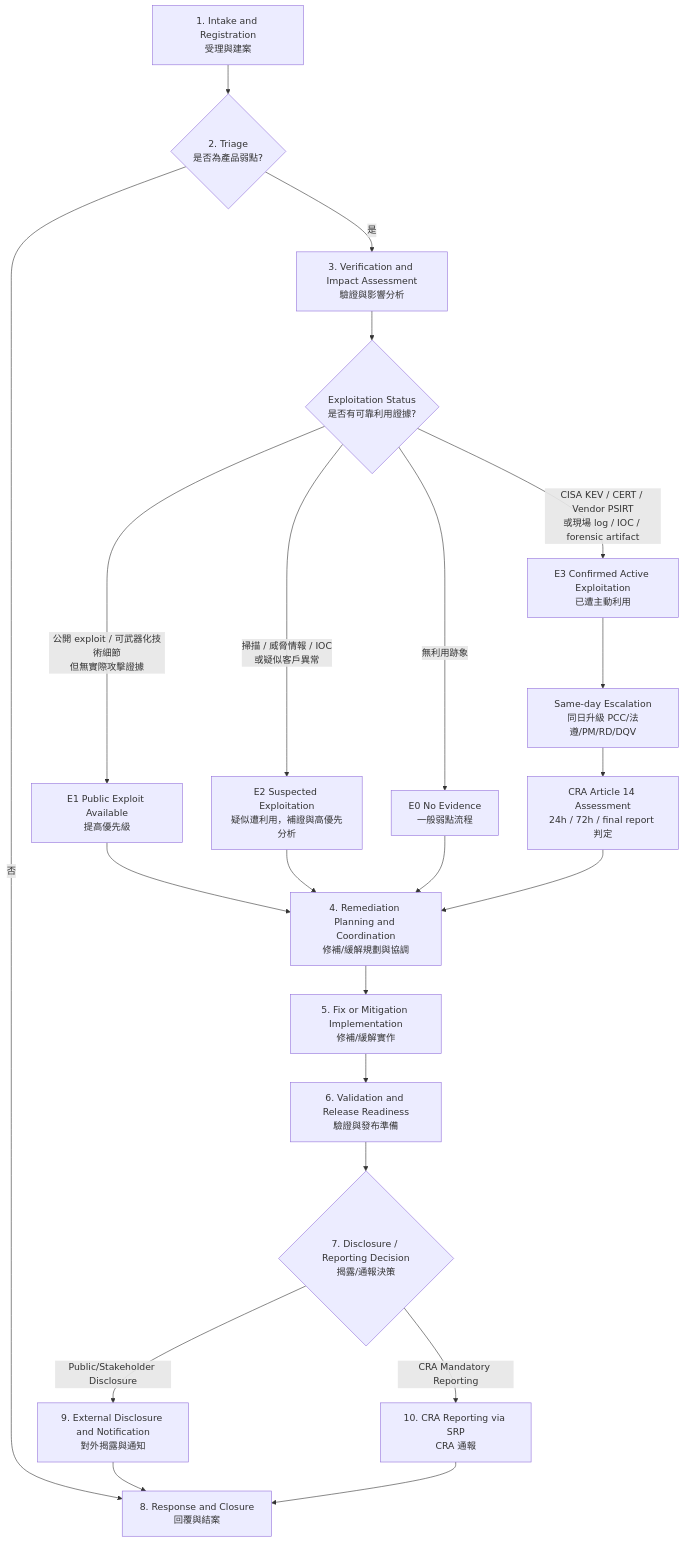
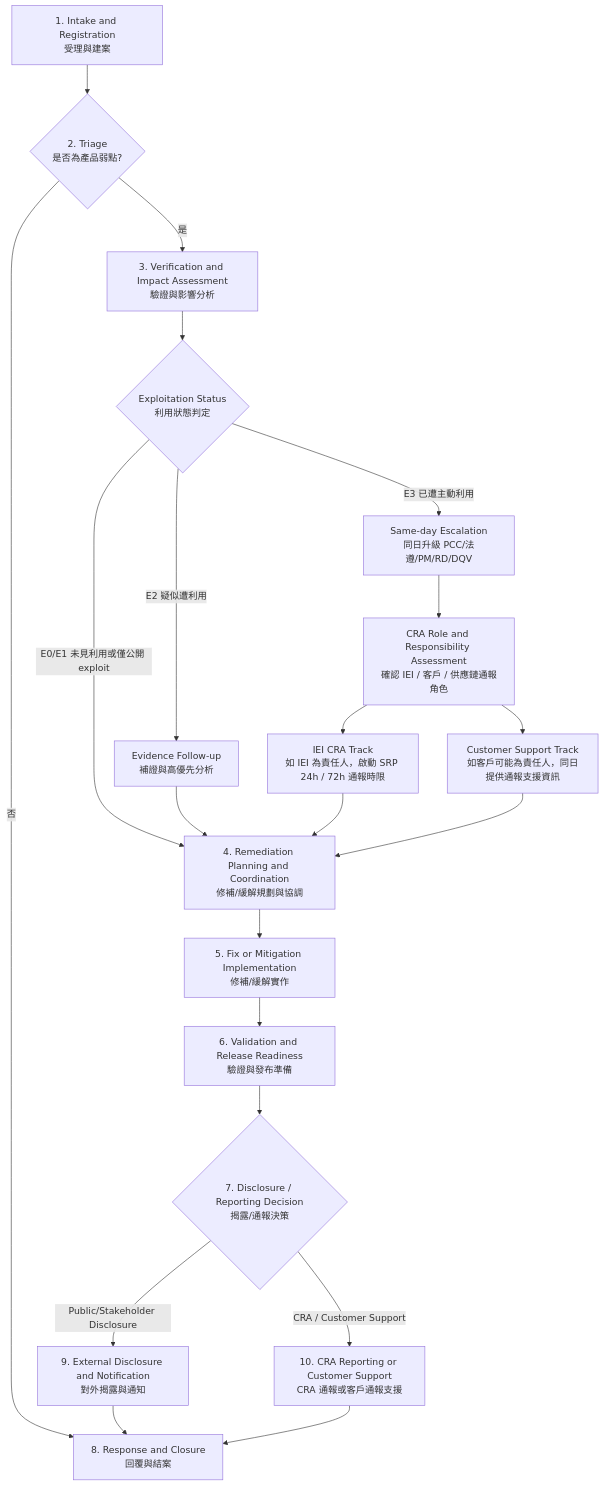
Before and after one commit to stanleyshuang/corepoint: the diagram in doc/L2-01_vulnerability-handling-and-disclosure-process.md, drawn with Mermaid. The commit also changed other lines of this file, not shown here.

Commit message:
260426-已遭主動利用弱點認定v2

````diff
--- a/doc/L2-01_vulnerability-handling-and-disclosure-process.md
+++ b/doc/L2-01_vulnerability-handling-and-disclosure-process.md
@@ -95,24 +95,23 @@
 ```mermaid
 flowchart TD
     A[1. Intake and Registration<br/>受理與建案] --> B{2. Triage<br/>是否為產品弱點?}
     B -- 否 --> H[8. Response and Closure<br/>回覆與結案]
     B -- 是 --> C[3. Verification and Impact Assessment<br/>驗證與影響分析]
-    C --> X{Exploitation Status<br/>是否有可靠利用證據?}
-    X -- CISA KEV / CERT / Vendor PSIRT<br/>或現場 log / IOC / forensic artifact --> E3[E3 Confirmed Active Exploitation<br/>已遭主動利用]
-    X -- 公開 exploit / 可武器化技術細節<br/>但無實際攻擊證據 --> E1[E1 Public Exploit Available<br/>提高優先級]
-    X -- 掃描 / 威脅情報 / IOC<br/>或疑似客戶異常 --> E2[E2 Suspected Exploitation<br/>疑似遭利用，補證與高優先分析]
-    X -- 無利用跡象 --> E0[E0 No Evidence<br/>一般弱點流程]
-    E3 --> Y[Same-day Escalation<br/>同日升級 PCC/法遵/PM/RD/DQV]
-    Y --> Z[CRA Article 14 Assessment<br/>24h / 72h / final report 判定]
-    E1 --> D[4. Remediation Planning and Coordination<br/>修補/緩解規劃與協調]
-    E2 --> D
-    E0 --> D
-    Z --> D
+    C --> X{Exploitation Status<br/>利用狀態判定}
+    X -- E3 已遭主動利用 --> Y[Same-day Escalation<br/>同日升級 PCC/法遵/PM/RD/DQV]
+    X -- E2 疑似遭利用 --> W[Evidence Follow-up<br/>補證與高優先分析]
+    X -- E0/E1 未見利用或僅公開 exploit --> D[4. Remediation Planning and Coordination<br/>修補/緩解規劃與協調]
+    W --> D
+    Y --> R[CRA Role and Responsibility Assessment<br/>確認 IEI / 客戶 / 供應鏈通報角色]
+    R --> Z1[IEI CRA Track<br/>如 IEI 為責任人，啟動 SRP 24h / 72h 通報時限]
+    R --> Z2[Customer Support Track<br/>如客戶可能為責任人，同日提供通報支援資訊]
+    Z1 --> D
+    Z2 --> D
     D --> E[5. Fix or Mitigation Implementation<br/>修補/緩解實作]
     E --> F[6. Validation and Release Readiness<br/>驗證與發布準備]
     F --> G{7. Disclosure / Reporting Decision<br/>揭露/通報決策}
     G -->|Public/Stakeholder Disclosure| I[9. External Disclosure and Notification<br/>對外揭露與通知]
-    G -->|CRA Mandatory Reporting| J[10. CRA Reporting via SRP<br/>CRA 通報]
+    G -->|CRA / Customer Support| J[10. CRA Reporting or Customer Support<br/>CRA 通報或客戶通報支援]
     I --> H
     J --> H
 ```
````
